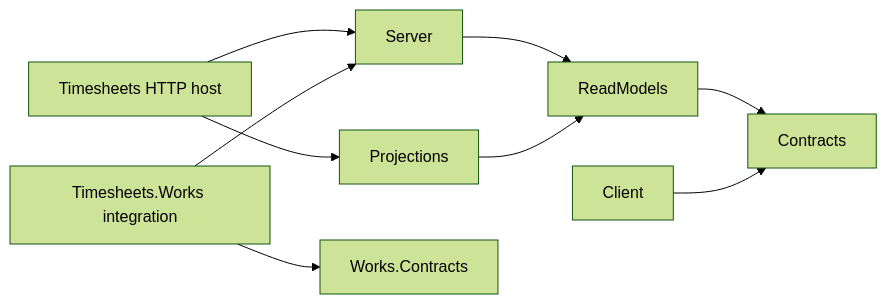
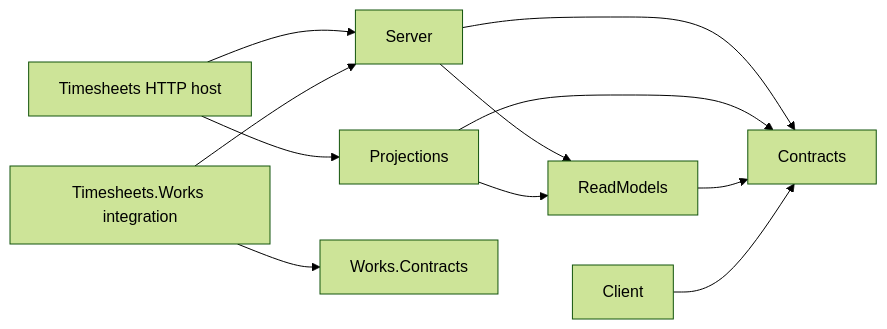
The diagram in _bmad-output/planning-artifacts/architecture.md (Hexalith/Hexalith.Timesheets), drawn with Mermaid (forest theme) before and after one commit. The commit also changed other lines of this file and 1 other file, not shown here.

Commit message:
docs(architecture): resolve Timesheets validation findings

````diff
--- a/_bmad-output/planning-artifacts/architecture.md
+++ b/_bmad-output/planning-artifacts/architecture.md
@@ -122,11 +129,13 @@
 ```mermaid
 flowchart LR
     Host[Timesheets HTTP host] --> Server
     Host --> Projections
+    Server --> Contracts
     Server --> ReadModels
+    Projections --> Contracts
     Projections --> ReadModels
     ReadModels --> Contracts
     Works[Timesheets.Works integration] --> Server
     Works --> WorksContracts[Works.Contracts]
     Client --> Contracts
 ```
````
